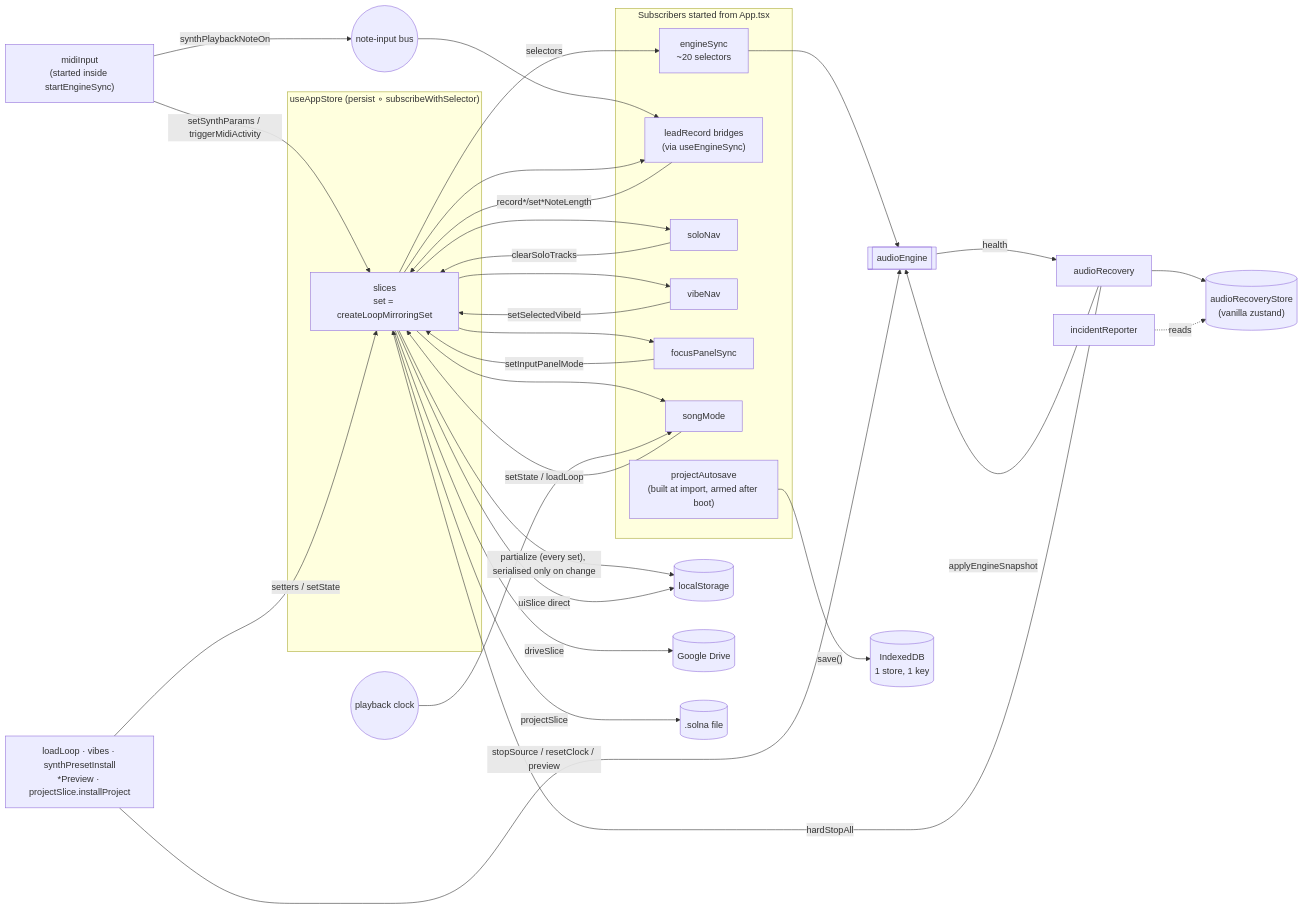
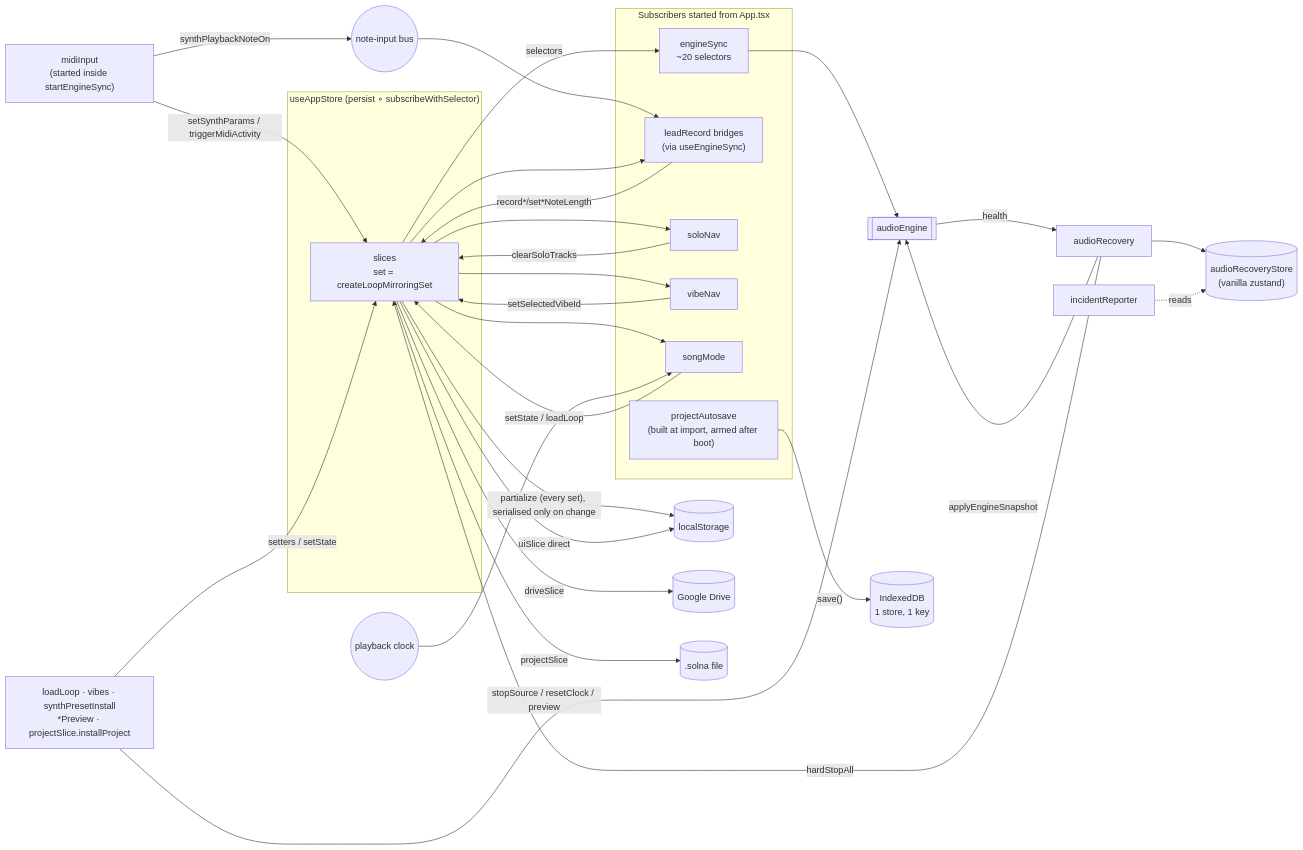
Before and after one commit to themiddnight/solna: the first of 2 diagrams in docs/architecture/structure/02-store.md, drawn with Mermaid. The commit also changed other lines of this file and 6 other files, not shown here.

````diff
--- a/docs/architecture/structure/02-store.md
+++ b/docs/architecture/structure/02-store.md
@@ -129,52 +128,50 @@
 ```mermaid
 flowchart LR
   subgraph Store["useAppStore (persist ∘ subscribeWithSelector)"]
     Slices["slices<br/>set = createLoopMirroringSet"]
   end
   RecStore[("audioRecoveryStore<br/>(vanilla zustand)")]
 
   subgraph Subs["Subscribers started from App.tsx"]
     ES["engineSync<br/>~20 selectors"]
     LR["leadRecord bridges<br/>(via useEngineSync)"]
     SN["soloNav"]
     VN["vibeNav"]
-    FP["focusPanelSync"]
     SM["songMode"]
     AS["projectAutosave<br/>(built at import, armed after boot)"]
   end
 
   MIDI["midiInput<br/>(started inside startEngineSync)"]
   AR["audioRecovery"]
   IR["incidentReporter"]
   Cmd["loadLoop · vibes · synthPresetInstall<br/>*Preview · projectSlice.installProject"]
 
   Engine[["audioEngine"]]
   NoteBus(("note-input bus"))
   Clock(("playback clock"))
   LS[("localStorage")]
   IDB[("IndexedDB<br/>1 store, 1 key")]
   Drive[("Google Drive")]
   File[(".solna file")]
 
   Slices -- selectors --> ES --> Engine
   Slices --> SN -- clearSoloTracks --> Slices
   Slices --> VN -- setSelectedVibeId --> Slices
-  Slices --> FP -- setInputPanelMode --> Slices
   Slices --> SM -- setState / loadLoop --> Slices
   Clock --> SM
   NoteBus --> LR -- record*/set*NoteLength --> Slices
   Slices --> LR
   MIDI -- setSynthParams / triggerMidiActivity --> Slices
   MIDI -- synthPlaybackNoteOn --> NoteBus
   Cmd -- stopSource / resetClock / preview --> Engine
   Cmd -- setters / setState --> Slices
   Engine -- health --> AR --> RecStore
   AR -- applyEngineSnapshot --> Engine
   AR -- hardStopAll --> Slices
   IR -. reads .-> RecStore
   Slices -- partialize (every set), serialised only on change --> LS
   AS -- save() --> IDB
   Slices -- driveSlice --> Drive
   Slices -- projectSlice --> File
   Slices -- uiSlice direct --> LS
 ```
````
